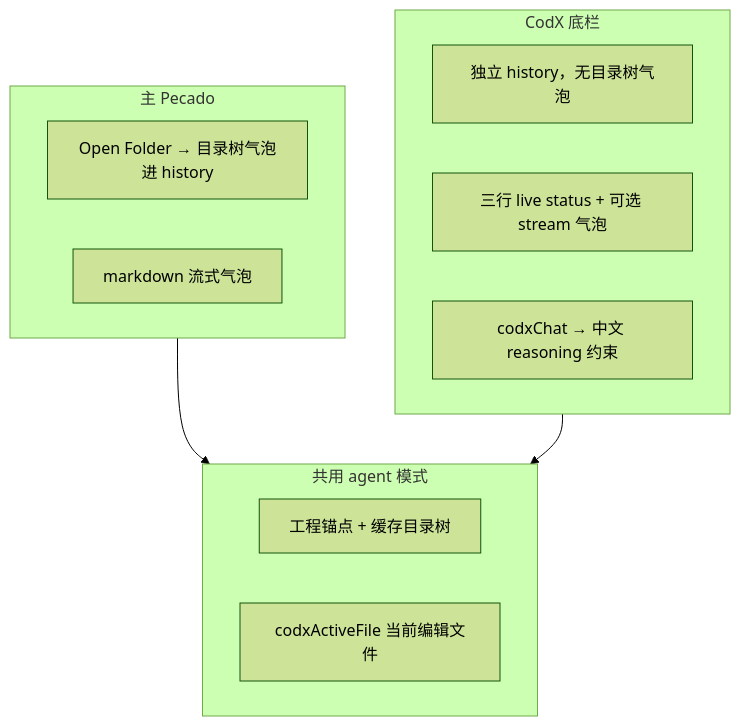
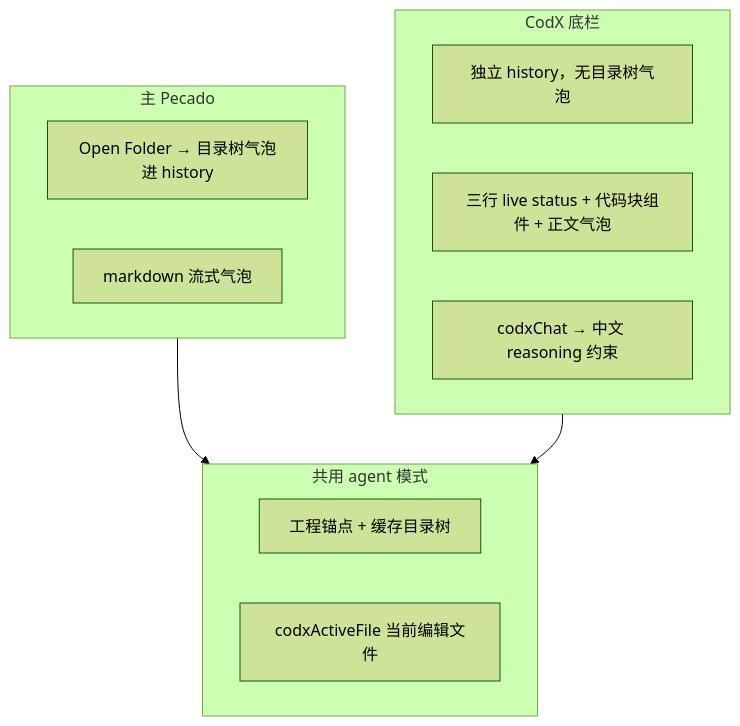
Before and after one commit to SCSHICHUAN/Pecado: the first of 2 diagrams in src/codX/README.md, drawn with Mermaid (forest theme). The commit also changed other lines of this file and 15 other files, not shown here.

````diff
--- a/src/codX/README.md
+++ b/src/codX/README.md
@@ -44,21 +49,21 @@
 ```mermaid
 flowchart TB
   subgraph main [主 Pecado]
     M1[Open Folder → 目录树气泡进 history]
     M2[markdown 流式气泡]
   end
 
   subgraph codx [CodX 底栏]
     C1[独立 history，无目录树气泡]
-    C2[三行 live status + 可选 stream 气泡]
+    C2[三行 live status + 代码块组件 + 正文气泡]
     C3[codxChat → 中文 reasoning 约束]
   end
 
   subgraph shared [共用 agent 模式]
     S1[工程锚点 + 缓存目录树]
     S2[codxActiveFile 当前编辑文件]
   end
 
   main --> shared
   codx --> shared
 ```
````
